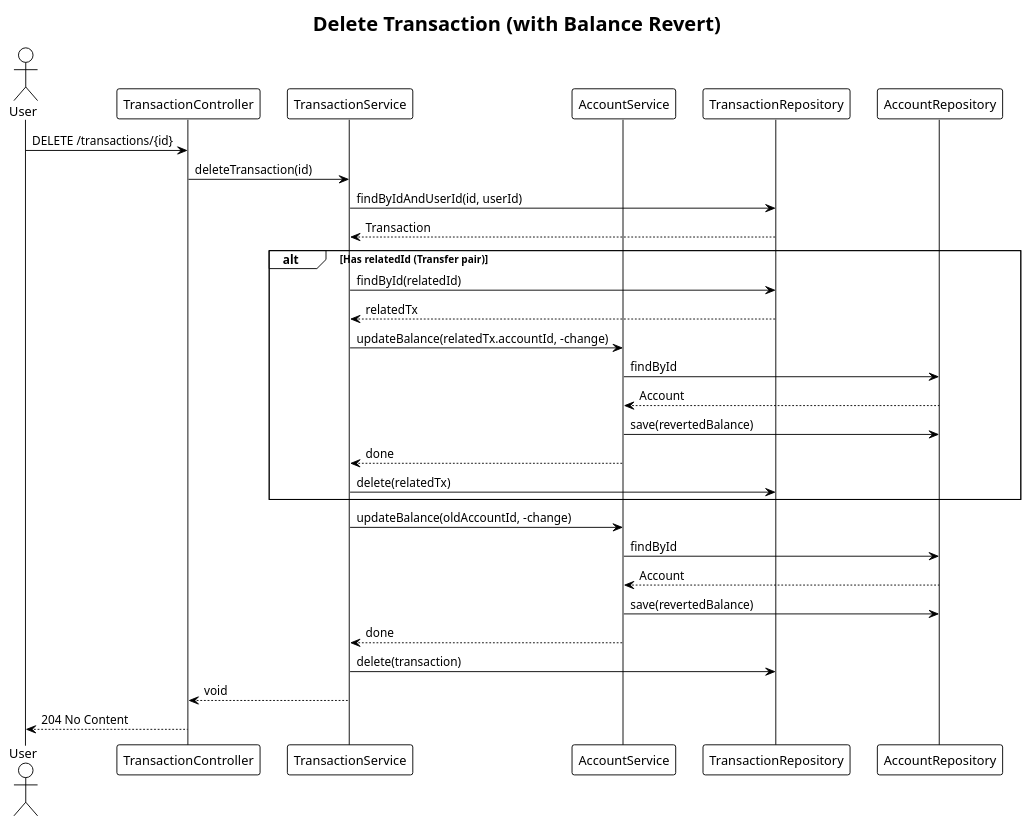
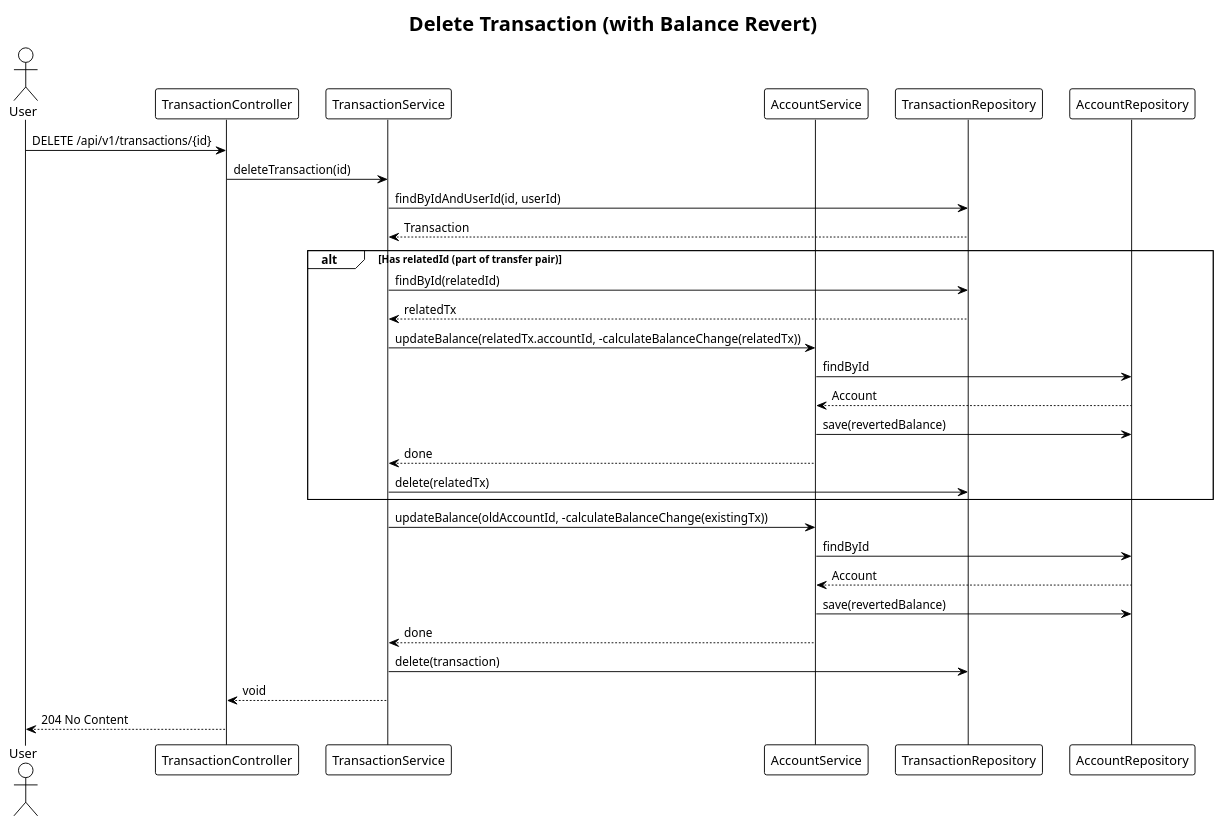
The fifth of 11 diagrams in docs/OOD.md (jcwhmn/bookkeeping), drawn with PlantUML before and after one commit. The commit also changed other lines of this file, not shown here.

First line of the commit message:
fix(docs): rewrite OOD diagrams — fix PlantUML parse errors

````diff
--- a/docs/OOD.md
+++ b/docs/OOD.md
@@ -357,41 +356,41 @@
 ```plantuml
 @startuml
 !theme plain
 
 title Delete Transaction (with Balance Revert)
 
 actor User
 participant "TransactionController" as TC
 participant "TransactionService" as TS
 participant "AccountService" as AS
 participant "TransactionRepository" as TR
 participant "AccountRepository" as AR
 
-User -> TC : DELETE /transactions/{id}
+User -> TC : DELETE /api/v1/transactions/{id}
 TC -> TS : deleteTransaction(id)
 TS -> TR : findByIdAndUserId(id, userId)
 TR --> TS : Transaction
 
-alt Has relatedId (Transfer pair)
+alt Has relatedId (part of transfer pair)
     TS -> TR : findById(relatedId)
     TR --> TS : relatedTx
-    TS -> AS : updateBalance(relatedTx.accountId, -change)
+    TS -> AS : updateBalance(relatedTx.accountId, -calculateBalanceChange(relatedTx))
     AS -> AR : findById
     AR --> AS : Account
     AS -> AR : save(revertedBalance)
     AS --> TS : done
     TS -> TR : delete(relatedTx)
 end
 
-TS -> AS : updateBalance(oldAccountId, -change)
+TS -> AS : updateBalance(oldAccountId, -calculateBalanceChange(existingTx))
 AS -> AR : findById
 AR --> AS : Account
 AS -> AR : save(revertedBalance)
 AS --> TS : done
 
 TS -> TR : delete(transaction)
 TS --> TC : void
 TC --> User : 204 No Content
 
 @enduml
 ```
````
